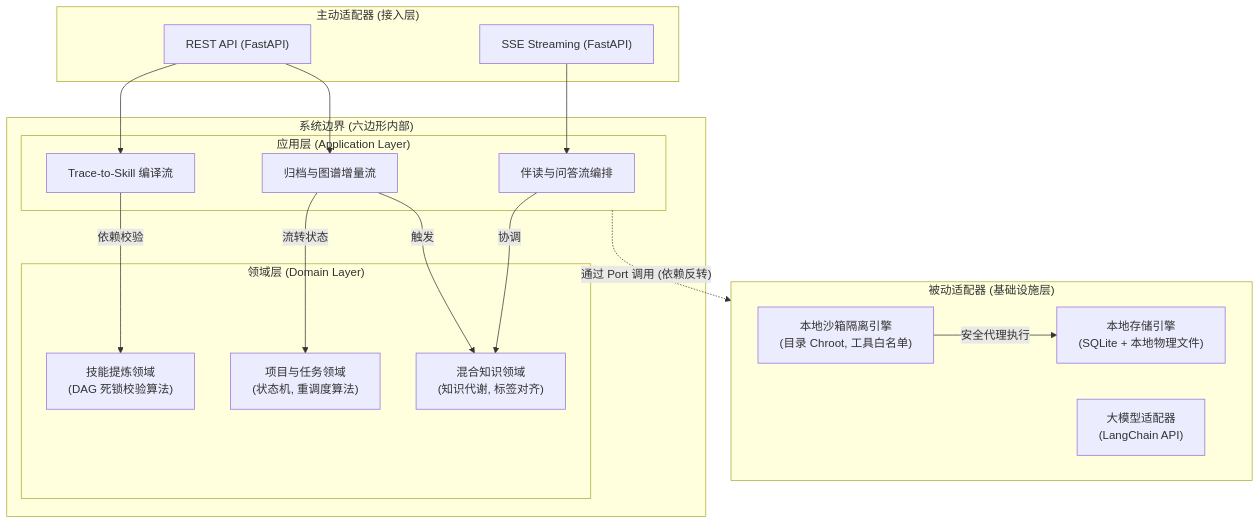
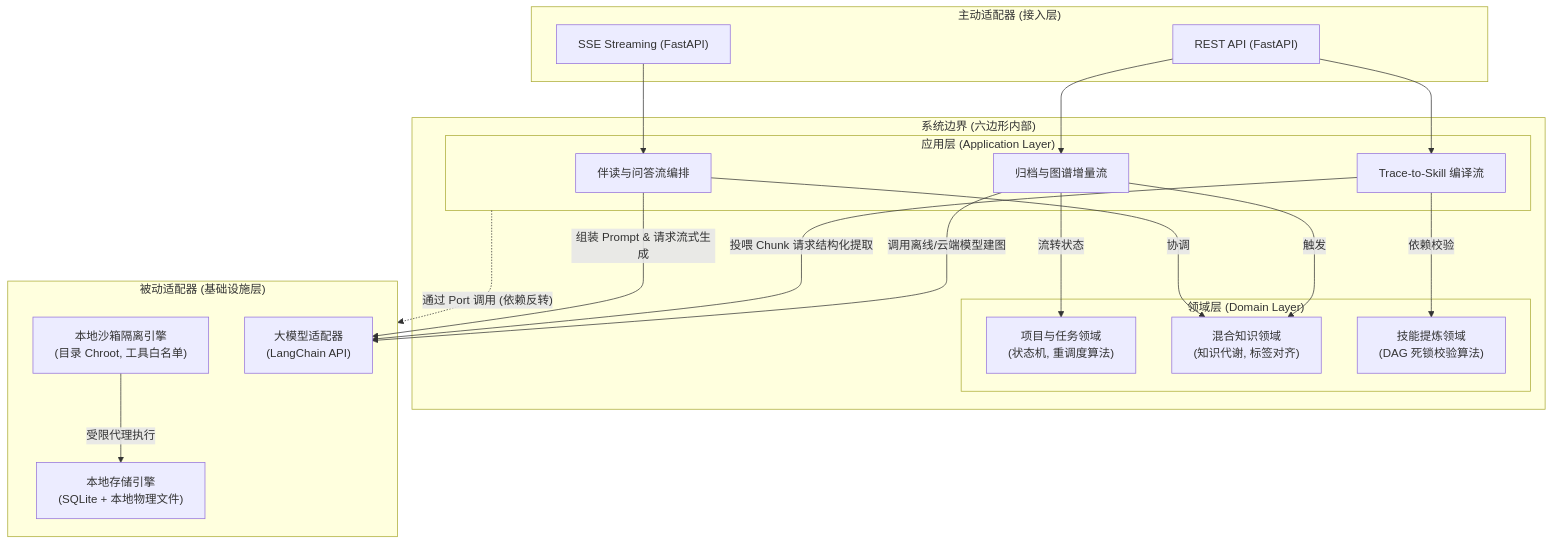
The first of 2 diagrams in docs/06_system_architecture/backend_design_spec_v1.0.md (shanglihong/i-have-a-plan), drawn with Mermaid before and after one commit.

Commit message:
docs: update backend design specification to v1.0 architecture standards

````diff
--- a/docs/06_system_architecture/backend_design_spec_v1.0.md
+++ b/docs/06_system_architecture/backend_design_spec_v1.0.md
@@ -61,43 +61,46 @@
 ```mermaid
 graph TD
     subgraph DrivingAdapters ["主动适配器 (接入层)"]
         REST["REST API (FastAPI)"]
         SSE["SSE Streaming (FastAPI)"]
     end
 
     subgraph Hexagon ["系统边界 (六边形内部)"]
         subgraph AppLayer ["应用层 (Application Layer)"]
             UC1["伴读与问答流编排"]
             UC2["Trace-to-Skill 编译流"]
             UC3["归档与图谱增量流"]
         end
 
         subgraph DomainLayer ["领域层 (Domain Layer)"]
             PTO["项目与任务领域<br>(状态机, 重调度算法)"]
             HKE["混合知识领域<br>(知识代谢, 标签对齐)"]
             SCS["技能提炼领域<br>(DAG 死锁校验算法)"]
         end
         
         UC1 -->|协调| HKE
         UC2 -->|依赖校验| SCS
         UC3 -->|流转状态| PTO
         UC3 -->|触发| HKE
     end
 
     subgraph DrivenAdapters ["被动适配器 (基础设施层)"]
         Sandbox["本地沙箱隔离引擎<br>(目录 Chroot, 工具白名单)"]
         DB["本地存储引擎<br>(SQLite + 本地物理文件)"]
         LLM["大模型适配器<br>(LangChain API)"]
     end
 
     %% 驱动流
     REST --> UC2
     REST --> UC3
     SSE --> UC1
     
     %% 依赖反转 (运行时通过接口调用)
     AppLayer -.->|"通过 Port 调用 (依赖反转)"| DrivenAdapters
     
-    %% 底层依赖
-    Sandbox -->|安全代理执行| DB
+    %% 核心执行层交互 (大模型与沙箱调用)
+    UC1 -->|组装 Prompt & 请求流式生成| LLM
+    UC2 -->|投喂 Chunk 请求结构化提取| LLM
+    UC3 -->|调用离线/云端模型建图| LLM
+    Sandbox -->|受限代理执行| DB
 ```
````
